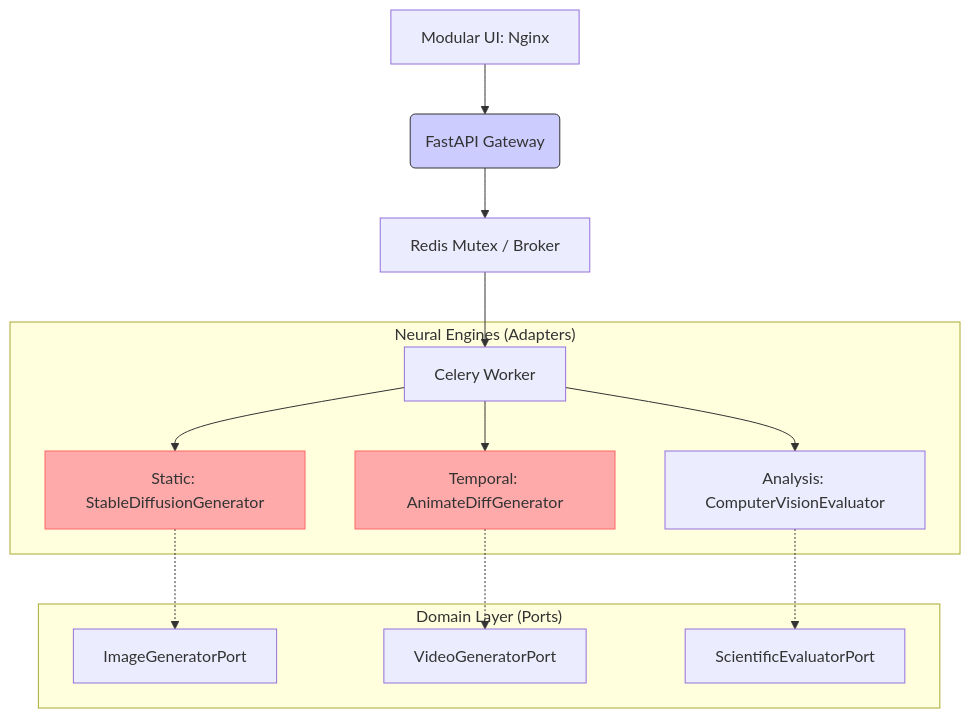
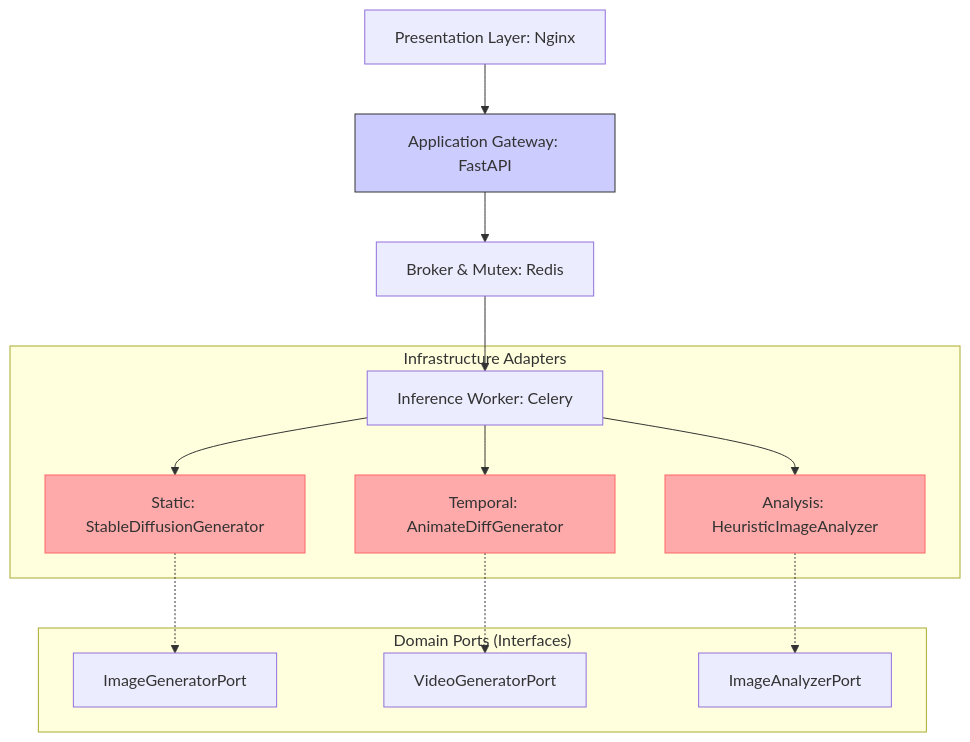
Before and after one commit to enriquegonzalezgutierrez/z_realism_ai: the first of 3 diagrams in README.md, drawn with Mermaid. The commit also changed other lines of this file and 118 other files, not shown here.

````diff
--- a/README.md
+++ b/README.md
@@ -36,22 +35,23 @@
 ```mermaid
 graph TD
-    A[Modular UI: Nginx] --> B(FastAPI Gateway);
-    B --> C[Redis Mutex / Broker];
-    C --> D[Celery Worker];
+    A[Presentation Layer: Nginx] --> B[Application Gateway: FastAPI];
+    B --> C[Broker & Mutex: Redis];
+    C --> D[Inference Worker: Celery];
 
-    subgraph "Neural Engines (Adapters)"
+    subgraph "Infrastructure Adapters"
         D --> E[Static: StableDiffusionGenerator]
         D --> F[Temporal: AnimateDiffGenerator]
-        D --> G[Analysis: ComputerVisionEvaluator]
+        D --> G[Analysis: HeuristicImageAnalyzer]
     end
 
-    subgraph "Domain Layer (Ports)"
+    subgraph "Domain Ports (Interfaces)"
         E -.-> E1[ImageGeneratorPort]
         F -.-> F1[VideoGeneratorPort]
-        G -.-> G1[ScientificEvaluatorPort]
+        G -.-> G1[ImageAnalyzerPort]
     end
     
     style B fill:#ccf,stroke:#333;
     style E fill:#faa,stroke:#f66;
     style F fill:#faa,stroke:#f66;
+    style G fill:#faa,stroke:#f66;
 ```
````
